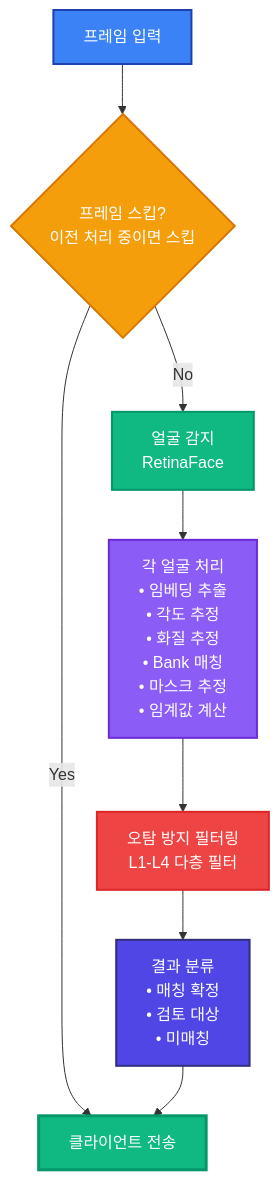
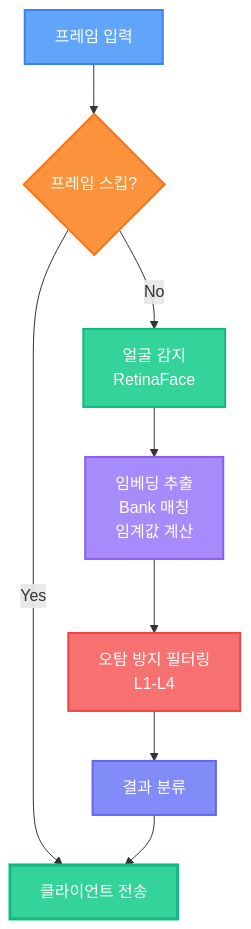
The tenth of 11 diagrams in PROJECT_PLAN.md (jongwoo108/EyeSis), drawn with Mermaid before and after one commit. The commit also changed other lines of this file, not shown here.

````diff
--- a/PROJECT_PLAN.md
+++ b/PROJECT_PLAN.md
@@ -350,31 +352,26 @@
 ```mermaid
 flowchart TD
     Input["프레임 입력"]
-    
-    Skip{"프레임 스킵?<br/>이전 처리 중이면 스킵"}
+    Skip{"프레임 스킵?"}
     Detect["얼굴 감지<br/>RetinaFace"]
-    
-    Process["각 얼굴 처리<br/>• 임베딩 추출<br/>• 각도 추정<br/>• 화질 추정<br/>• Bank 매칭<br/>• 마스크 추정<br/>• 임계값 계산"]
-    
-    Filter["오탐 방지 필터링<br/>L1-L4 다층 필터"]
-    
-    Classify["결과 분류<br/>• 매칭 확정<br/>• 검토 대상<br/>• 미매칭"]
-    
+    Process["임베딩 추출<br/>Bank 매칭<br/>임계값 계산"]
+    Filter["오탐 방지 필터링<br/>L1-L4"]
+    Classify["결과 분류"]
     Send["클라이언트 전송"]
     
     Input --> Skip
     Skip -->|No| Detect
     Skip -->|Yes| Send
     Detect --> Process
     Process --> Filter
     Filter --> Classify
     Classify --> Send
     
-    style Input fill:#3B82F6,stroke:#1E40AF,stroke-width:2px,color:#fff
-    style Skip fill:#F59E0B,stroke:#D97706,stroke-width:2px,color:#fff
-    style Detect fill:#10B981,stroke:#059669,stroke-width:2px,color:#fff
-    style Process fill:#8B5CF6,stroke:#6D28D9,stroke-width:2px,color:#fff
-    style Filter fill:#EF4444,stroke:#DC2626,stroke-width:2px,color:#fff
-    style Classify fill:#4F46E5,stroke:#312E81,stroke-width:2px,color:#fff
-    style Send fill:#10B981,stroke:#059669,stroke-width:3px,color:#fff
+    style Input fill:#60A5FA,stroke:#3B82F6,stroke-width:2px,color:#fff
+    style Skip fill:#FB923C,stroke:#F97316,stroke-width:2px,color:#fff
+    style Detect fill:#34D399,stroke:#10B981,stroke-width:2px,color:#fff
+    style Process fill:#A78BFA,stroke:#8B5CF6,stroke-width:2px,color:#fff
+    style Filter fill:#F87171,stroke:#EF4444,stroke-width:2px,color:#fff
+    style Classify fill:#818CF8,stroke:#6366F1,stroke-width:2px,color:#fff
+    style Send fill:#34D399,stroke:#10B981,stroke-width:3px,color:#fff
 ```
````
